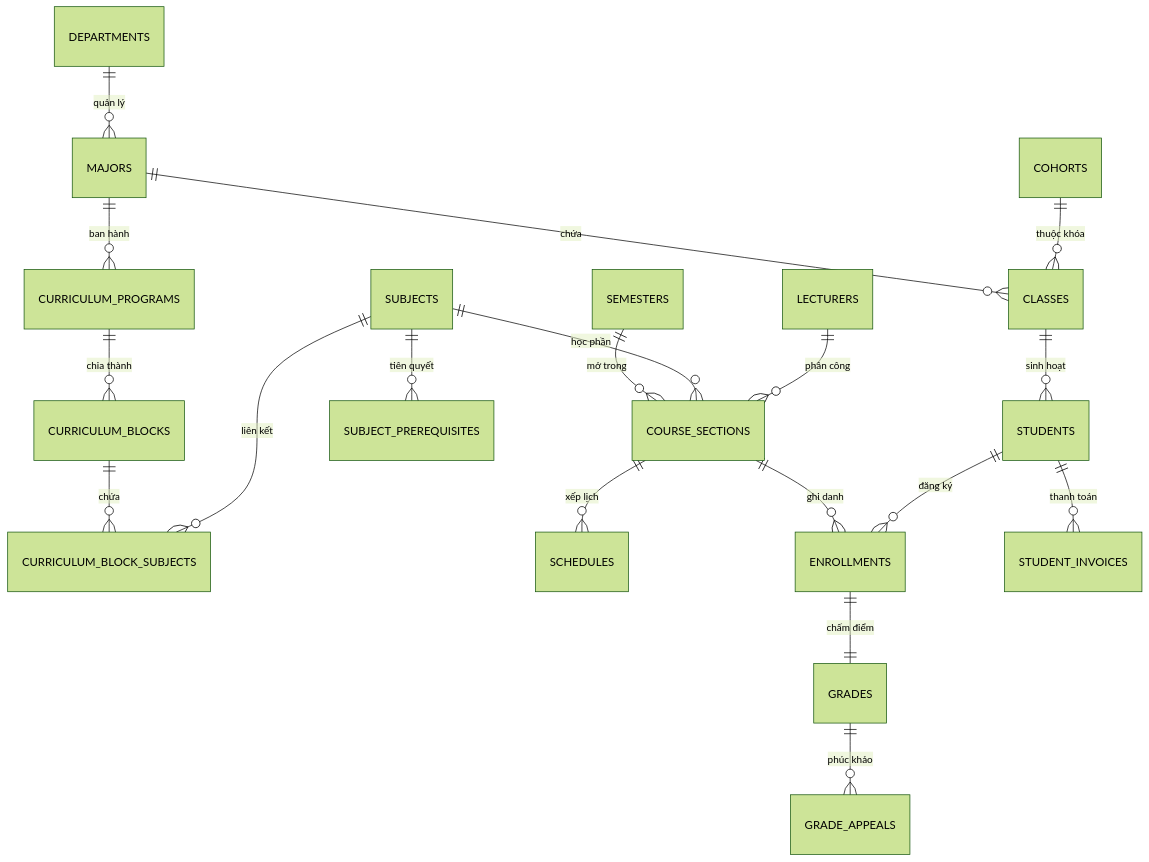
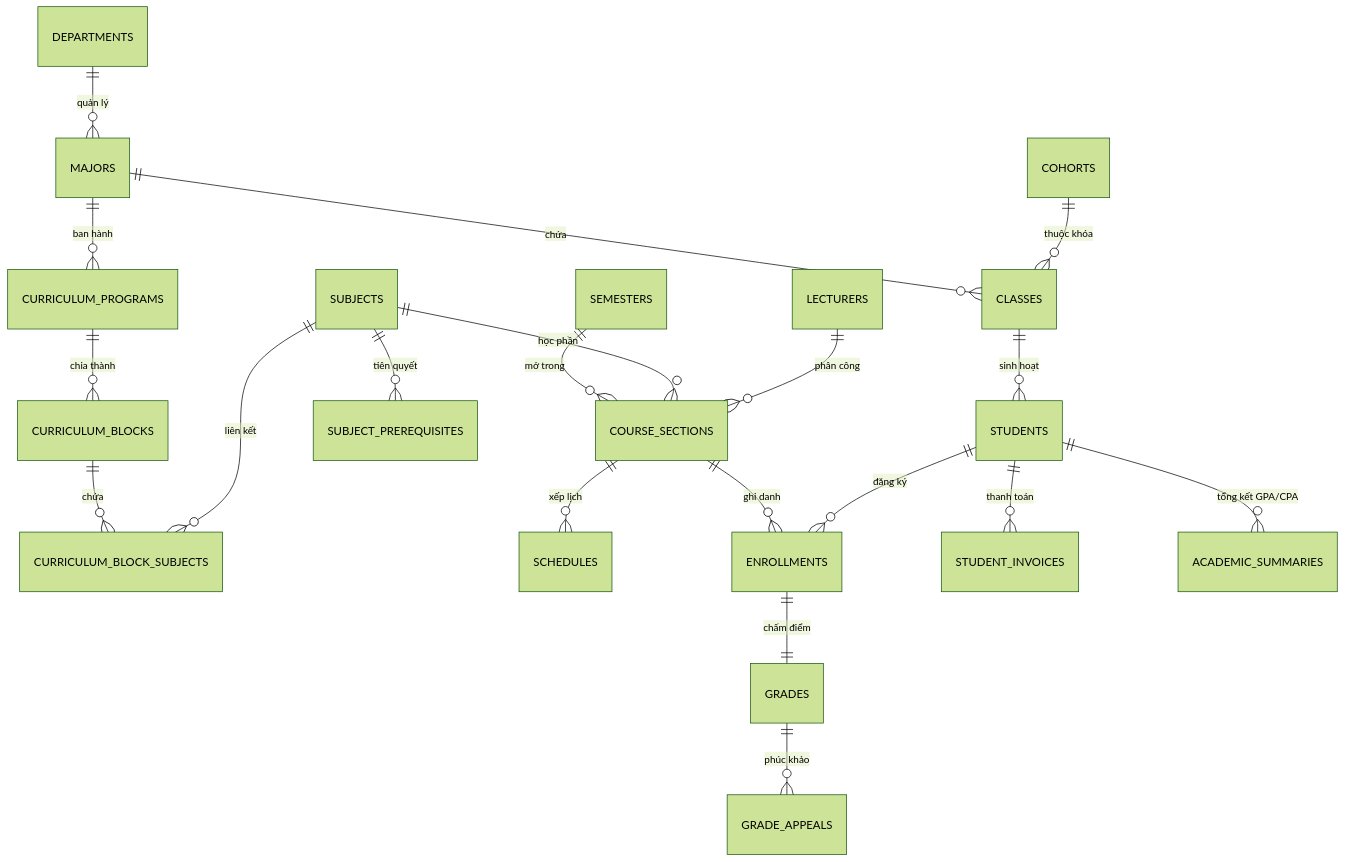
The diagram in database/README.md (DevMarkie/DoAnChuyenNganh), drawn with Mermaid (forest theme) before and after one commit. The commit also changed other lines of this file and 93 other files, not shown here.

````diff
--- a/database/README.md
+++ b/database/README.md
@@ -25,21 +25,22 @@
 ```mermaid
 erDiagram
     DEPARTMENTS ||--o{ MAJORS : "quản lý"
     MAJORS ||--o{ CLASSES : "chứa"
     COHORTS ||--o{ CLASSES : "thuộc khóa"
     CLASSES ||--o{ STUDENTS : "sinh hoạt"
     MAJORS ||--o{ CURRICULUM_PROGRAMS : "ban hành"
     CURRICULUM_PROGRAMS ||--o{ CURRICULUM_BLOCKS : "chia thành"
     CURRICULUM_BLOCKS ||--o{ CURRICULUM_BLOCK_SUBJECTS : "chứa"
     SUBJECTS ||--o{ CURRICULUM_BLOCK_SUBJECTS : "liên kết"
     SUBJECTS ||--o{ SUBJECT_PREREQUISITES : "tiên quyết"
     SEMESTERS ||--o{ COURSE_SECTIONS : "mở trong"
     SUBJECTS ||--o{ COURSE_SECTIONS : "học phần"
     LECTURERS ||--o{ COURSE_SECTIONS : "phân công"
     COURSE_SECTIONS ||--o{ SCHEDULES : "xếp lịch"
     COURSE_SECTIONS ||--o{ ENROLLMENTS : "ghi danh"
     STUDENTS ||--o{ ENROLLMENTS : "đăng ký"
     ENROLLMENTS ||--|| GRADES : "chấm điểm"
     GRADES ||--o{ GRADE_APPEALS : "phúc khảo"
     STUDENTS ||--o{ STUDENT_INVOICES : "thanh toán"
+    STUDENTS ||--o{ ACADEMIC_SUMMARIES : "tổng kết GPA/CPA"
 ```
````
